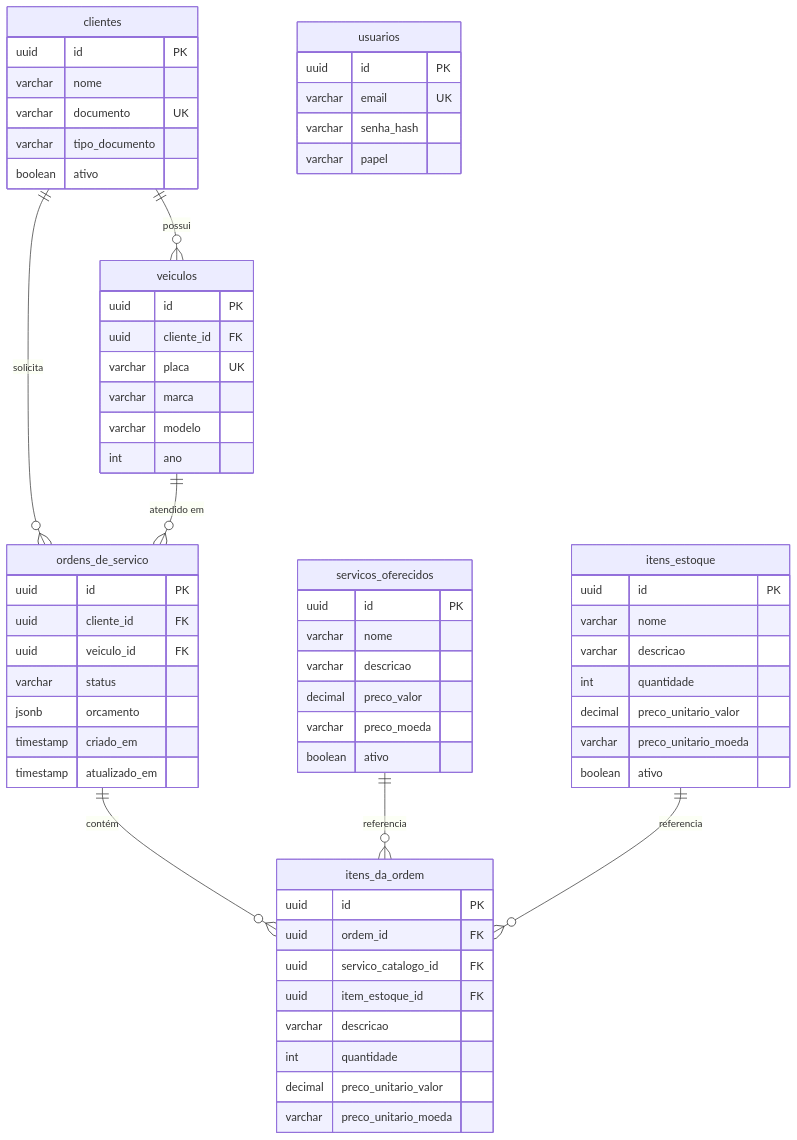
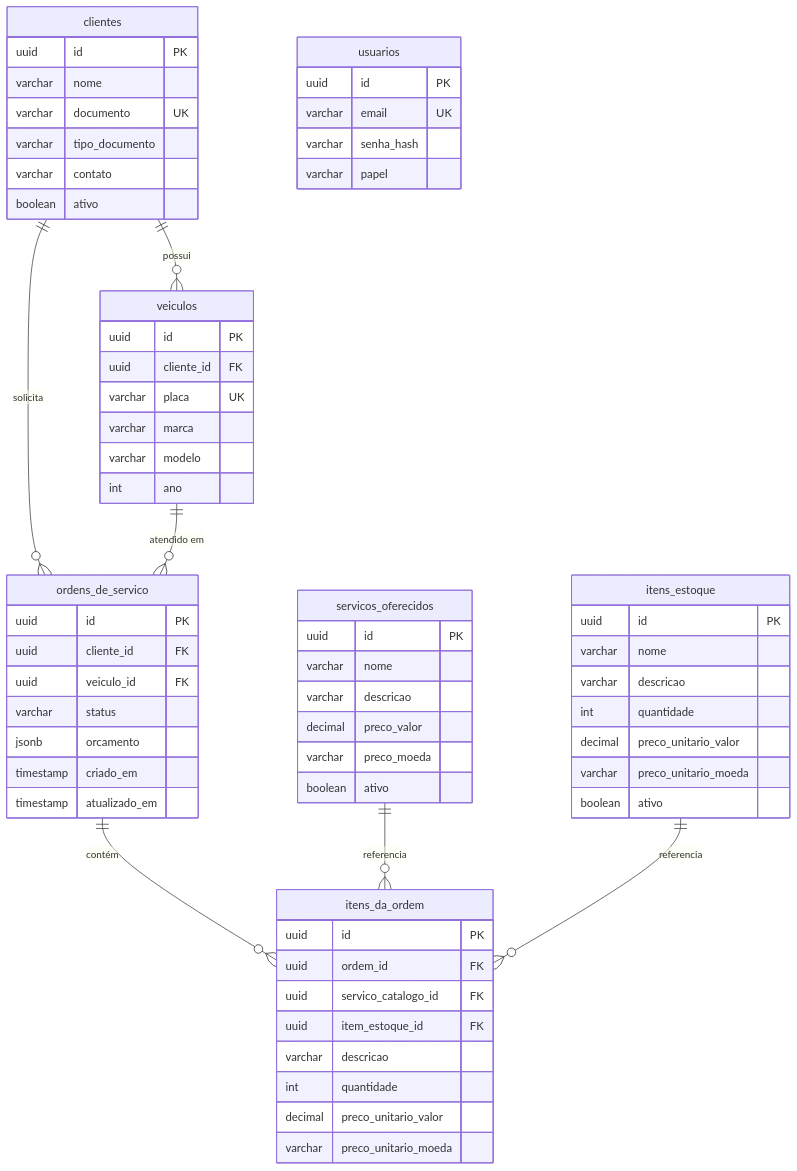
The second of 3 diagrams in docs/arquitetura/rfc/rfc-001-design-do-sistema.md (fiap-postech-sw-architecture/postech-sw-arch-p2), drawn with Mermaid before and after one commit. The commit also changed other lines of this file and 13 other files, not shown here.

````diff
--- a/docs/arquitetura/rfc/rfc-001-design-do-sistema.md
+++ b/docs/arquitetura/rfc/rfc-001-design-do-sistema.md
@@ -80,67 +82,68 @@
 ```mermaid
 erDiagram
     clientes {
         uuid id PK
         varchar nome
         varchar documento UK
         varchar tipo_documento
+        varchar contato
         boolean ativo
     }
     veiculos {
         uuid id PK
         uuid cliente_id FK
         varchar placa UK
         varchar marca
         varchar modelo
         int ano
     }
     ordens_de_servico {
         uuid id PK
         uuid cliente_id FK
         uuid veiculo_id FK
         varchar status
         jsonb orcamento
         timestamp criado_em
         timestamp atualizado_em
     }
     itens_da_ordem {
         uuid id PK
         uuid ordem_id FK
         uuid servico_catalogo_id FK
         uuid item_estoque_id FK
         varchar descricao
         int quantidade
         decimal preco_unitario_valor
         varchar preco_unitario_moeda
     }
     servicos_oferecidos {
         uuid id PK
         varchar nome
         varchar descricao
         decimal preco_valor
         varchar preco_moeda
         boolean ativo
     }
     itens_estoque {
         uuid id PK
         varchar nome
         varchar descricao
         int quantidade
         decimal preco_unitario_valor
         varchar preco_unitario_moeda
         boolean ativo
     }
     usuarios {
         uuid id PK
         varchar email UK
         varchar senha_hash
         varchar papel
     }
 
     clientes ||--o{ veiculos : "possui"
     clientes ||--o{ ordens_de_servico : "solicita"
     veiculos ||--o{ ordens_de_servico : "atendido em"
     ordens_de_servico ||--o{ itens_da_ordem : "contém"
     servicos_oferecidos ||--o{ itens_da_ordem : "referencia"
     itens_estoque ||--o{ itens_da_ordem : "referencia"
 ```
````
